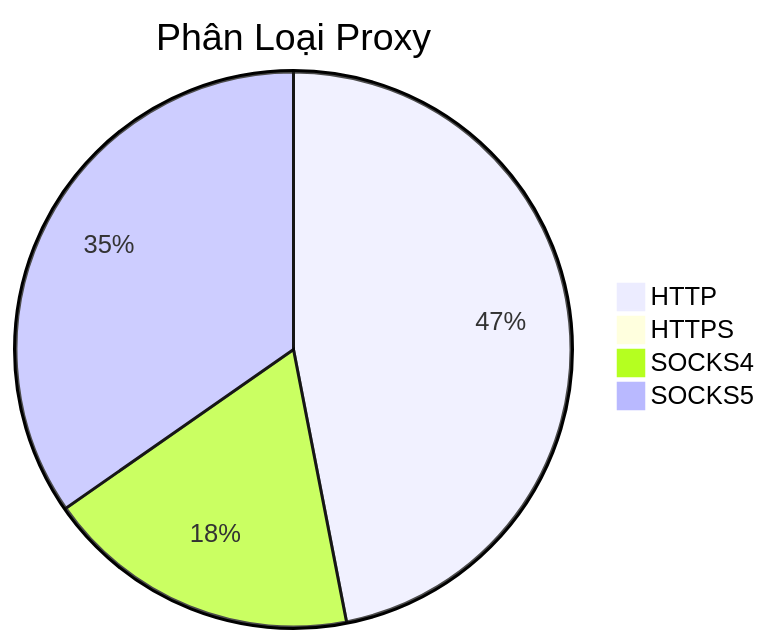
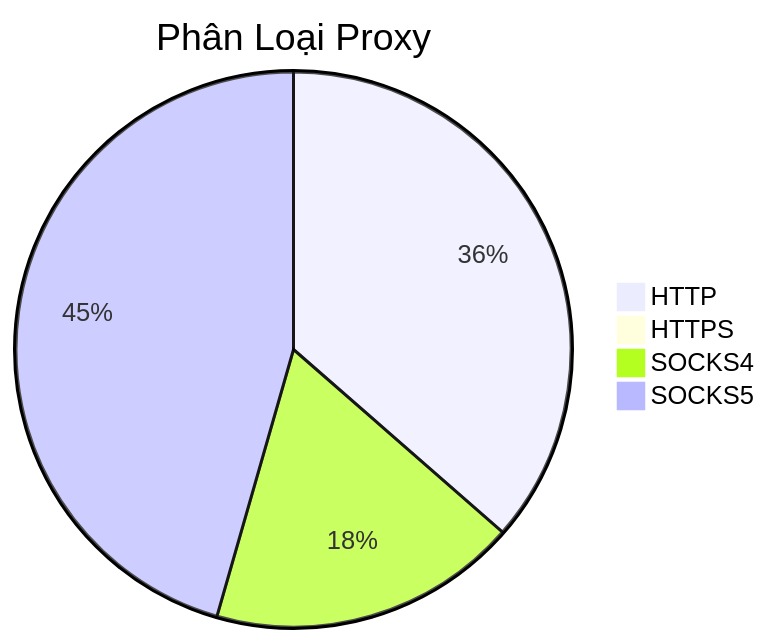
Before and after one commit to Ciara-12/PROXY-free: the diagram in README.md, drawn with Mermaid. The commit also changed other lines of this file and 4 other files, not shown here.

````diff
--- a/README.md
+++ b/README.md
@@ -26,7 +26,7 @@
 ```mermaid
 pie title Phân Loại Proxy
-    "HTTP" : 874
-    "HTTPS" : 1
-    "SOCKS4" : 342
-    "SOCKS5" : 646
+    "HTTP" : 475
+    "HTTPS" : 2
+    "SOCKS4" : 235
+    "SOCKS5" : 594
 ```
````
